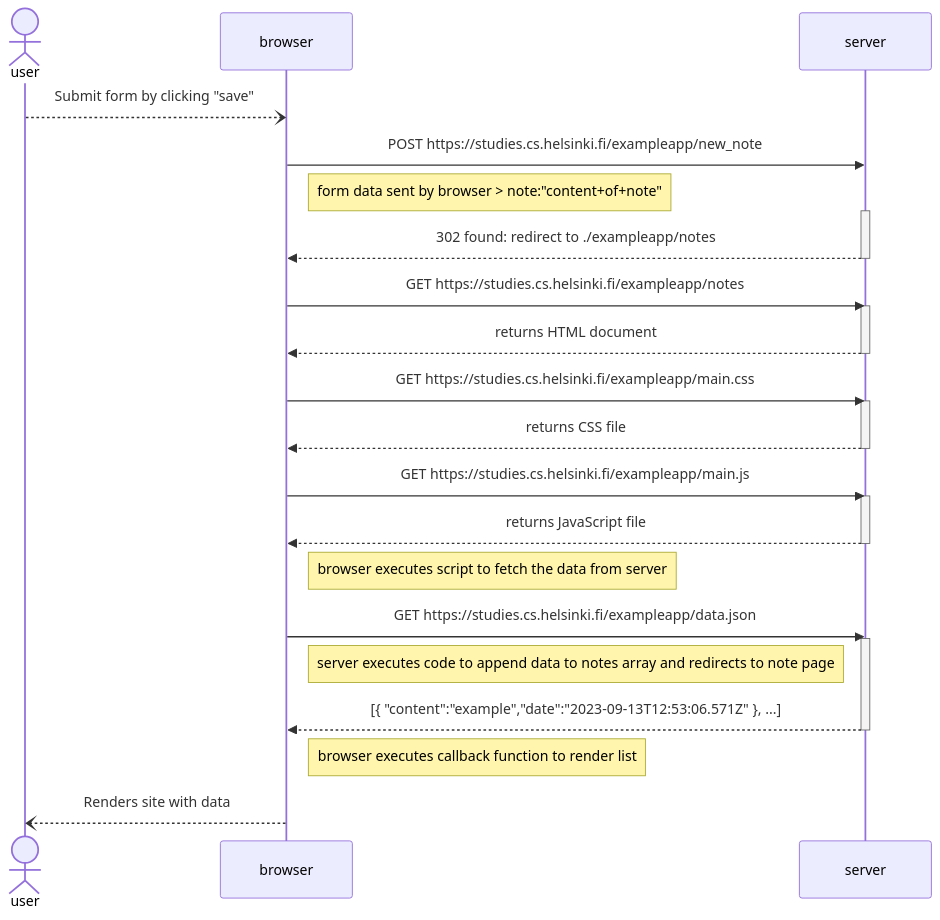
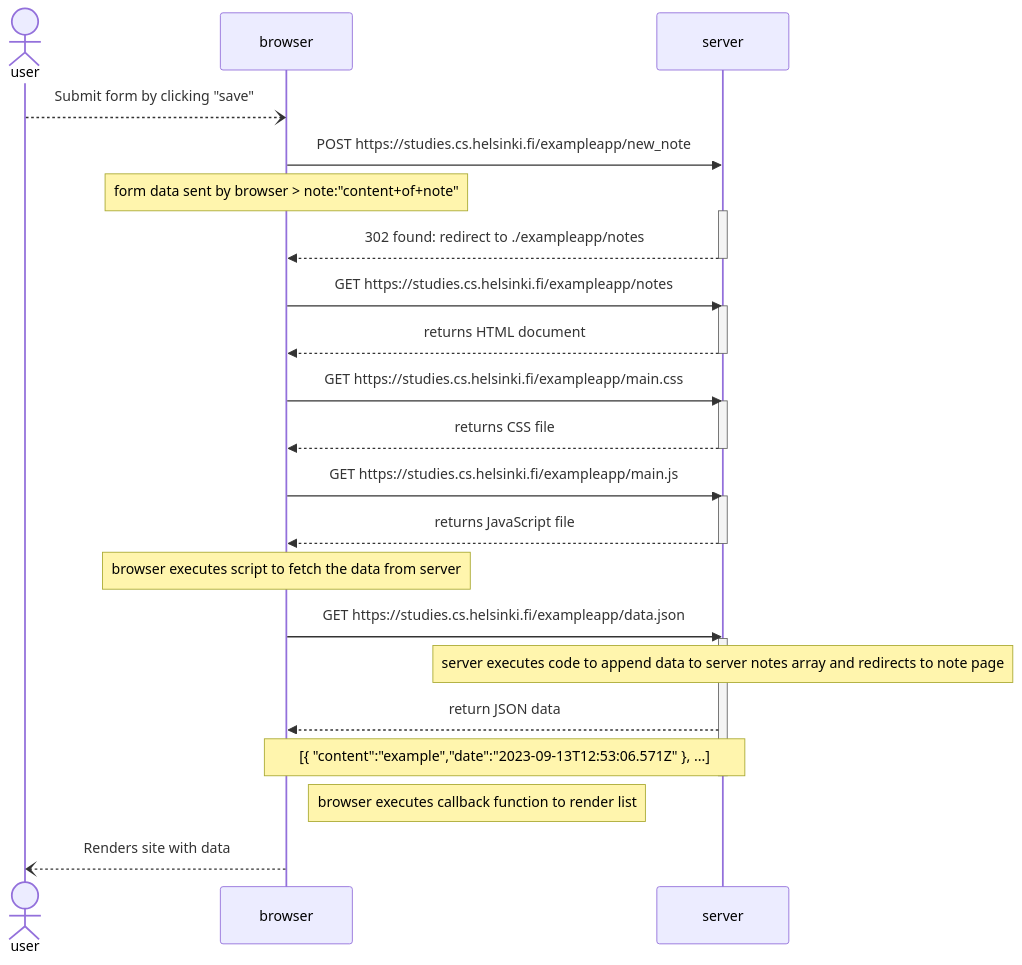
The diagram in part0/0.4-new-note-diagram.md (Dani-0TB/fullstack-open-submissions), drawn with Mermaid before and after one commit. The commit also changed 2 other files, not shown here.

Commit message:
starndardized diagram legend

````diff
--- a/part0/0.4-new-note-diagram.md
+++ b/part0/0.4-new-note-diagram.md
@@ -3,42 +3,41 @@
 ```mermaid
 
 sequenceDiagram
   actor user
   participant browser
   participant server
 
   user--)browser: Submit form by clicking "save"
   browser->>server: POST https://studies.cs.helsinki.fi/exampleapp/new_note
-  note right of browser: form data sent by browser > note:"content+of+note"
+  note over browser: form data sent by browser > note:"content+of+note"
   activate server
   server-->>browser: 302 found: redirect to ./exampleapp/notes
   deactivate server
 
   browser->>server: GET https://studies.cs.helsinki.fi/exampleapp/notes
   activate server
   server-->>browser: returns HTML document
   deactivate server
 
   browser->>server: GET https://studies.cs.helsinki.fi/exampleapp/main.css
   activate server
   server-->>browser: returns CSS file
   deactivate server
 
   browser->>server: GET https://studies.cs.helsinki.fi/exampleapp/main.js
   activate server
   server-->>browser: returns JavaScript file
   deactivate server
-
-  note right of browser: browser executes script to fetch the data from server
+  note over browser: browser executes script to fetch the data from server
 
   browser->>server: GET https://studies.cs.helsinki.fi/exampleapp/data.json
   activate server
+  note over server: server executes code to append data to server notes array and redirects to note page
+  server-->>browser: return JSON data
+  note over browser,server: [{ "content":"example","date":"2023-09-13T12:53:06.571Z" }, ...]
+  deactivate server
 
-  note left of server: server executes code to append data to notes array and redirects to note page
-
-  server-->>browser: [{ "content":"example","date":"2023-09-13T12:53:06.571Z" }, ...]
-  deactivate server
   note right of browser: browser executes callback function to render list
   browser--)user: Renders site with data
 
 ```
````
